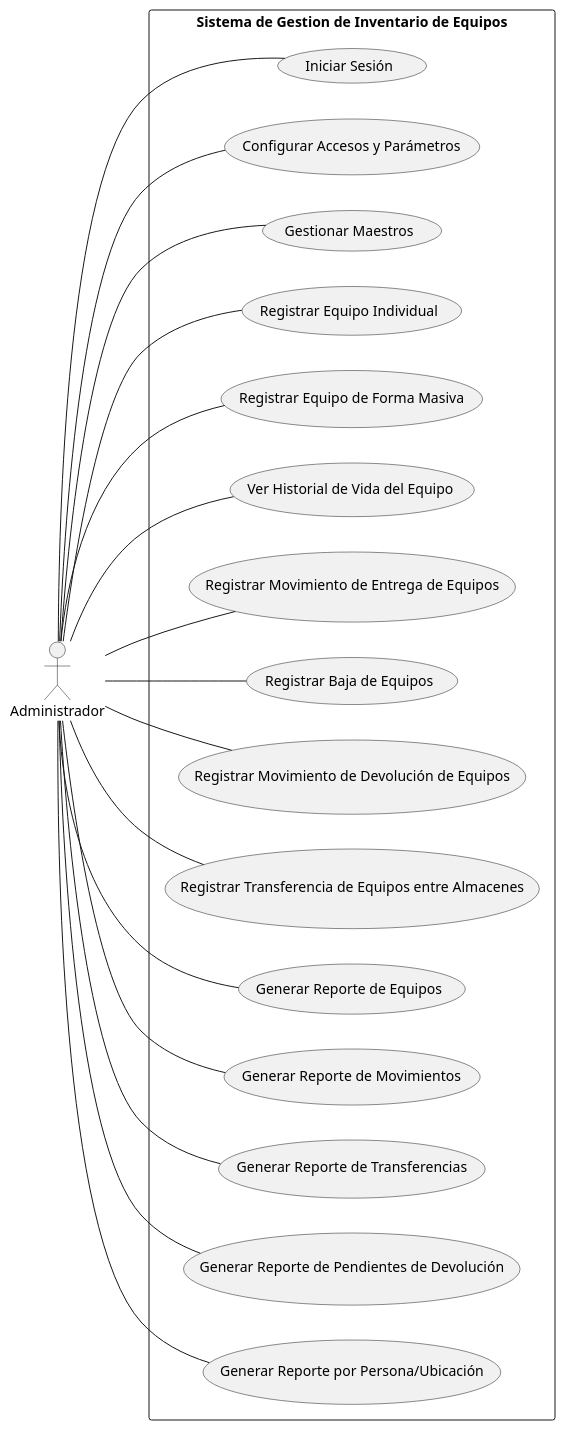
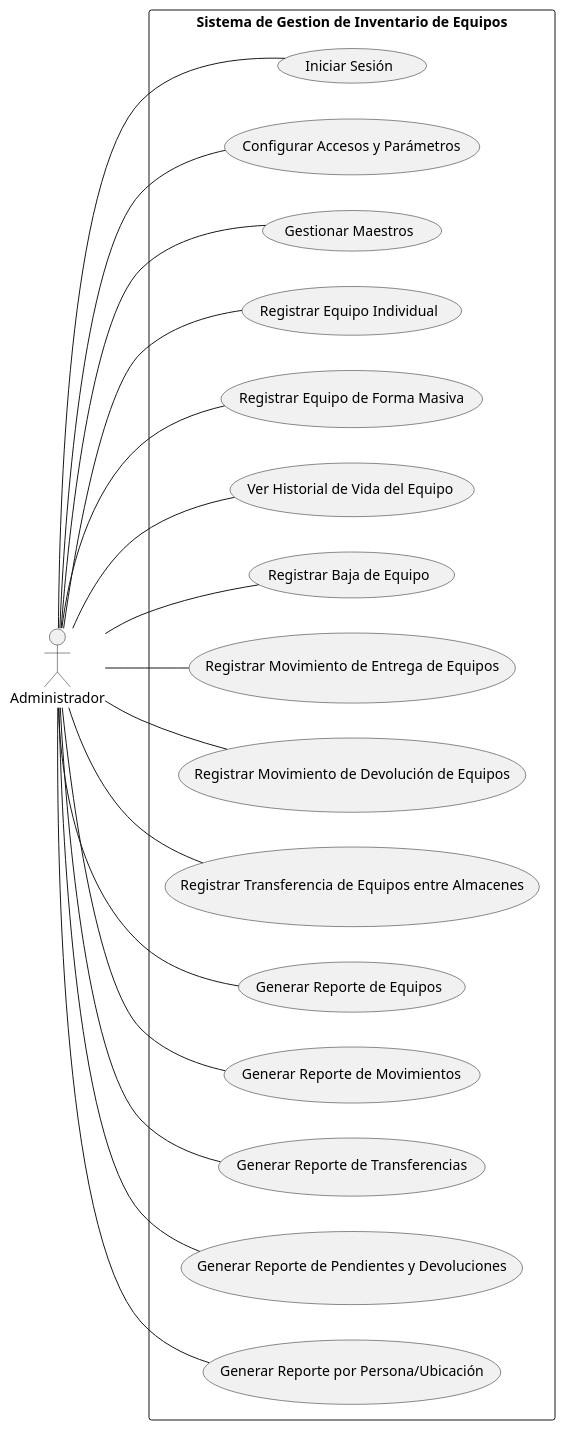
One commit to JordanNoah7/Conquistadores changed the diagram in UML_PlantUML_GIV/CaseUses/Administrador.puml. Above: the diagram before and after it, drawn with PlantUML. The commit also changed 1 other file, not shown here.

Commit message:
doc_diagram

```diff
--- a/UML_PlantUML_GIV/CaseUses/Administrador.puml
+++ b/UML_PlantUML_GIV/CaseUses/Administrador.puml
@@ -1,41 +1,41 @@
 @startuml Administrador
 left to right direction
 
 actor "Administrador" as a
 rectangle "Sistema de Gestion de Inventario de Equipos" {
     ' usecase "Registrar equipo" as uc1
     ' usecase "Registrar equipos desde un excel" as uc2
     ' usecase "Registrar atributos por equipo" as uc3
     ' usecase "Ver calibraciones del equipo" as uc4
     usecase "Iniciar Sesión" as uc1
     usecase "Configurar Accesos y Parámetros" as uc2
     usecase "Gestionar Maestros" as uc3
     usecase "Registrar Equipo Individual" as uc4
     usecase "Registrar Equipo de Forma Masiva" as uc5
     usecase "Ver Historial de Vida del Equipo" as uc6
-    usecase "Registrar Movimiento de Entrega de Equipos" as uc7
-    usecase "Registrar Baja de Equipos" as uc8
+    usecase "Registrar Baja de Equipo" as uc7
+    usecase "Registrar Movimiento de Entrega de Equipos" as uc8
     usecase "Registrar Movimiento de Devolución de Equipos" as uc9
     usecase "Registrar Transferencia de Equipos entre Almacenes" as uc10
     usecase "Generar Reporte de Equipos" as uc11
     usecase "Generar Reporte de Movimientos" as uc12
     usecase "Generar Reporte de Transferencias" as uc13
-    usecase "Generar Reporte de Pendientes de Devolución" as uc14
+    usecase "Generar Reporte de Pendientes y Devoluciones" as uc14
     usecase "Generar Reporte por Persona/Ubicación" as uc15
 }
 a -- uc1
 a -- uc2
 a -- uc3
 a -- uc4
 a -- uc5
 a -- uc6
 a -- uc7
 a -- uc8
 a -- uc9
 a -- uc10
 a -- uc11
 a -- uc12
 a -- uc13
 a -- uc14
 a -- uc15
 @enduml
```
